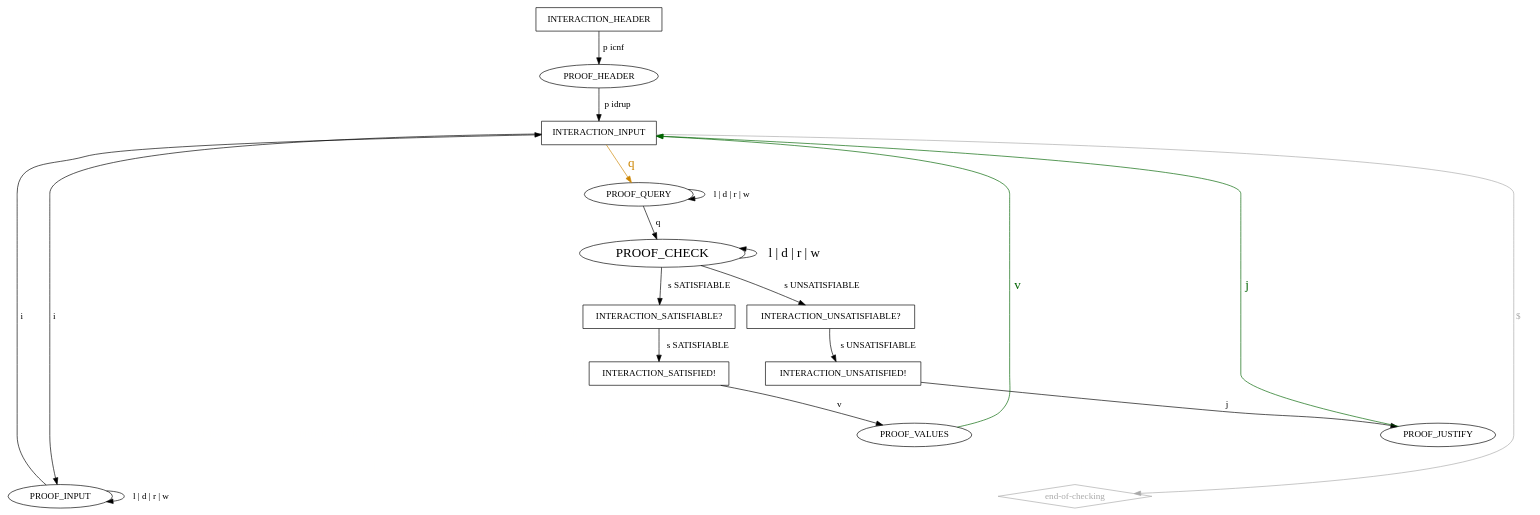
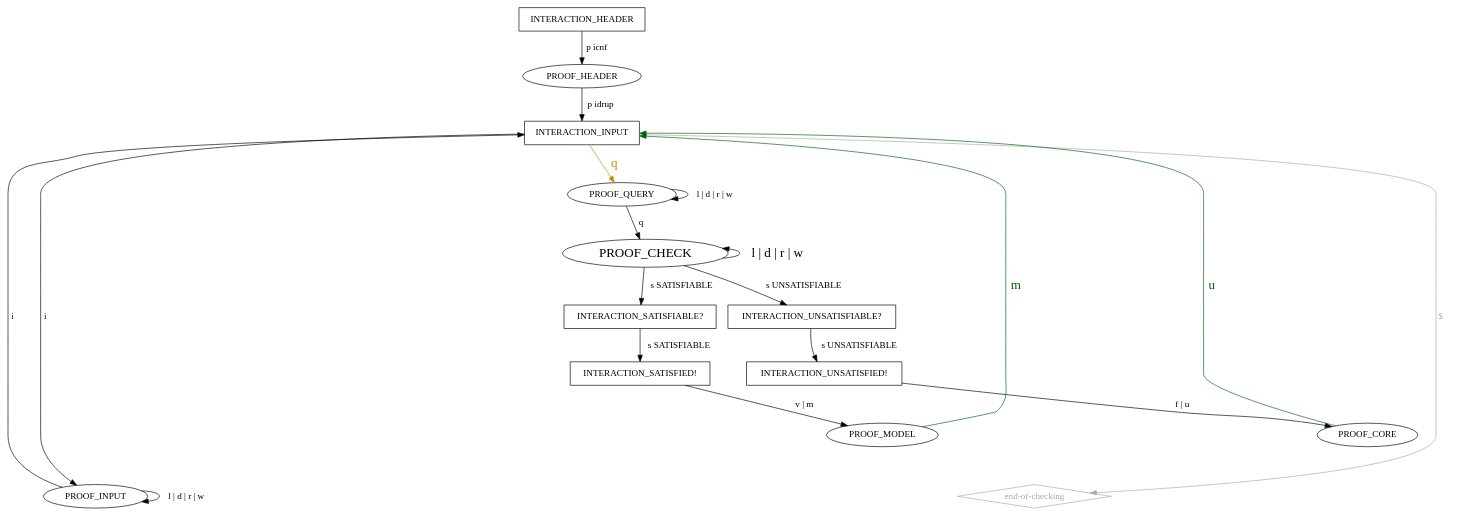
The diagram in idrup-check-pedantic.dot (arminbiere/lidrup-check), drawn with Graphviz before and after one commit. The commit also changed 8 other files, not shown here.

```diff
--- a/idrup-check-pedantic.dot
+++ b/idrup-check-pedantic.dot
@@ -1,66 +1,66 @@
 digraph "idrup-check" {
 
   INTERACTION_HEADER [shape=box];
   INTERACTION_HEADER -> PROOF_HEADER [label=" p icnf"];
   PROOF_HEADER -> INTERACTION_INPUT [label=" p idrup"];
 
   "end-of-checking" [shape=diamond,color=darkgray,fontcolor=darkgray];
   "end-of-checking" -> INTERACTION_INPUT [label="$    ",dir=back,color=darkgray,fontcolor=darkgray];
 
   INTERACTION_INPUT [shape=box];
   INTERACTION_INPUT -> PROOF_INPUT [label=" i "];
   INTERACTION_INPUT -> PROOF_QUERY [label=" q ",color=orange3,fontsize=20,fontcolor=orange3];
 
   PROOF_INPUT -> INTERACTION_INPUT [label=" i "];
   PROOF_INPUT -> PROOF_INPUT [label=" l | d | r | w "];
 
   PROOF_QUERY -> PROOF_CHECK [label=" q "];
   PROOF_QUERY -> PROOF_QUERY [label=" l | d | r | w "];
 
   PROOF_CHECK [fontsize=20];
   PROOF_CHECK -> PROOF_CHECK [label=" l | d | r | w ",dir=back,fontsize=20];
   PROOF_CHECK -> INTERACTION_SATISFIABLE [label=" s SATISFIABLE "];
   PROOF_CHECK -> INTERACTION_UNSATISFIABLE [label=" s UNSATISFIABLE "];
 
   INTERACTION_UNSATISFIABLE [shape="box",label="INTERACTION_UNSATISFIABLE?"];
   INTERACTION_UNSATISFIABLE -> INTERACTION_UNSATISFIED [label=" s UNSATISFIABLE "];
 
   INTERACTION_SATISFIABLE [shape="box",label="INTERACTION_SATISFIABLE?"];
   INTERACTION_SATISFIABLE -> INTERACTION_SATISFIED [label=" s SATISFIABLE "];
 
   INTERACTION_SATISFIED [shape=box,label="INTERACTION_SATISFIED!"];
-  INTERACTION_SATISFIED -> PROOF_VALUES [label=" v "];
-  INTERACTION_SATISFIED -> PROOF_INPUT_OR_VALUES [label=" i ",color=invis,fontcolor=invis];
-  INTERACTION_SATISFIED -> PROOF_QUERY_OR_VALUES [label=" q ", color=invis,fontsize=20,fontcolor=invis];
-  INTERACTION_SATISFIED -> PROOF_VALUES_AND_END [label=" $ ",color=invis,fontcolor=invis];
+  INTERACTION_SATISFIED -> PROOF_MODEL [label=" v | m "];
+  INTERACTION_SATISFIED -> PROOF_INPUT_OR_MODEL [label=" i ",color=invis,fontcolor=invis];
+  INTERACTION_SATISFIED -> PROOF_QUERY_OR_MODEL [label=" q ", color=invis,fontsize=20,fontcolor=invis];
+  INTERACTION_SATISFIED -> PROOF_MODEL_AND_END [label=" $ ",color=invis,fontcolor=invis];
 
   INTERACTION_UNSATISFIED [shape=box,label="INTERACTION_UNSATISFIED!"];
-  INTERACTION_UNSATISFIED -> PROOF_JUSTIFY [label=" j "];
-  INTERACTION_UNSATISFIED -> PROOF_INPUT_OR_JUSTIFY [label=" i ",color=invis,fontcolor=invis];
-  INTERACTION_UNSATISFIED -> PROOF_QUERY_OR_JUSTIFY [label=" q ",color=invis,fontsize=20,fontcolor=invis];
-  INTERACTION_UNSATISFIED -> PROOF_JUSTIFY_AND_END [label=" $ ",color=invis,fontcolor=invis];
+  INTERACTION_UNSATISFIED -> PROOF_CORE [label=" f | u "];
+  INTERACTION_UNSATISFIED -> PROOF_INPUT_OR_CORE [label=" i ",color=invis,fontcolor=invis];
+  INTERACTION_UNSATISFIED -> PROOF_QUERY_OR_CORE [label=" q ",color=invis,fontsize=20,fontcolor=invis];
+  INTERACTION_UNSATISFIED -> PROOF_CORE_AND_END [label=" $ ",color=invis,fontcolor=invis];
 
-  PROOF_VALUES_AND_END [color=invis,fontcolor=invis]
-  PROOF_VALUES_AND_END -> "end-of-checking" [label=" v ",color=invis,fontsize=20,fontcolor=invis];
-  PROOF_JUSTIFY_AND_END [color=invis,fontcolor=invis]
-  PROOF_JUSTIFY_AND_END -> "end-of-checking" [label=" j ",color=invis,fontsize=20,fontcolor=invis];
+  PROOF_MODEL_AND_END [color=invis,fontcolor=invis]
+  PROOF_MODEL_AND_END -> "end-of-checking" [label=" m ",color=invis,fontsize=20,fontcolor=invis];
+  PROOF_CORE_AND_END [color=invis,fontcolor=invis]
+  PROOF_CORE_AND_END -> "end-of-checking" [label=" u ",color=invis,fontsize=20,fontcolor=invis];
 
-  PROOF_VALUES -> INTERACTION_INPUT [label=" v ",color=darkgreen,fontsize=20,fontcolor=darkgreen];
-  PROOF_JUSTIFY -> INTERACTION_INPUT [label=" j ",color=darkgreen,fontsize=20,fontcolor=darkgreen];
+  PROOF_MODEL -> INTERACTION_INPUT [label=" m ",color=darkgreen,fontsize=20,fontcolor=darkgreen];
+  PROOF_CORE -> INTERACTION_INPUT [label=" u ",color=darkgreen,fontsize=20,fontcolor=darkgreen];
 
-  PROOF_INPUT_OR_VALUES [color=invis,fontcolor=invis];
-  PROOF_INPUT_OR_VALUES -> INTERACTION_INPUT [label=" i ",color=invis,fontcolor=invis];
-  PROOF_INPUT_OR_VALUES -> PROOF_INPUT [label=" v ", color=invis,fontcolor=invis,fontsize=20];
+  PROOF_INPUT_OR_MODEL [color=invis,fontcolor=invis];
+  PROOF_INPUT_OR_MODEL -> INTERACTION_INPUT [label=" i ",color=invis,fontcolor=invis];
+  PROOF_INPUT_OR_MODEL -> PROOF_INPUT [label=" m ", color=invis,fontcolor=invis,fontsize=20];
 
-  PROOF_QUERY_OR_VALUES [color=invis,fontcolor=invis];
-  PROOF_QUERY_OR_VALUES -> PROOF_QUERY [label=" v ",color=invis,fontcolor=invis,fontsize=20];
-  PROOF_QUERY_OR_VALUES -> PROOF_CHECK [label=" q ",color=invis,fontcolor=invis];
+  PROOF_QUERY_OR_MODEL [color=invis,fontcolor=invis];
+  PROOF_QUERY_OR_MODEL -> PROOF_QUERY [label=" m ",color=invis,fontcolor=invis,fontsize=20];
+  PROOF_QUERY_OR_MODEL -> PROOF_CHECK [label=" q ",color=invis,fontcolor=invis];
 
-  PROOF_QUERY_OR_JUSTIFY [color=invis,fontcolor=invis];
-  PROOF_QUERY_OR_JUSTIFY -> PROOF_QUERY [label=" j ",color=invis,fontcolor=invis,fontsize=20];
-  PROOF_QUERY_OR_JUSTIFY -> PROOF_CHECK [label=" q ",color=invis,fontcolor=invis];
+  PROOF_QUERY_OR_CORE [color=invis,fontcolor=invis];
+  PROOF_QUERY_OR_CORE -> PROOF_QUERY [label=" u ",color=invis,fontcolor=invis,fontsize=20];
+  PROOF_QUERY_OR_CORE -> PROOF_CHECK [label=" q ",color=invis,fontcolor=invis];
 
-  PROOF_INPUT_OR_JUSTIFY [color=invis,fontcolor=invis];
-  PROOF_INPUT_OR_JUSTIFY -> PROOF_INPUT [label=" j ",color=invis,fontcolor=invis,fontsize=20];
-  PROOF_INPUT_OR_JUSTIFY -> INTERACTION_INPUT [label=" i ",color=invis,fontcolor=invis];
+  PROOF_INPUT_OR_CORE [color=invis,fontcolor=invis];
+  PROOF_INPUT_OR_CORE -> PROOF_INPUT [label=" u ",color=invis,fontcolor=invis,fontsize=20];
+  PROOF_INPUT_OR_CORE -> INTERACTION_INPUT [label=" i ",color=invis,fontcolor=invis];
 }
```
